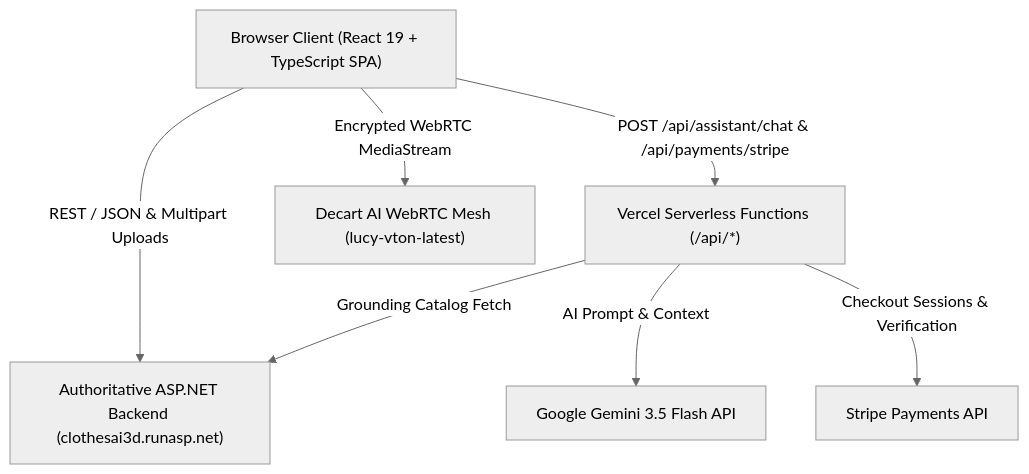
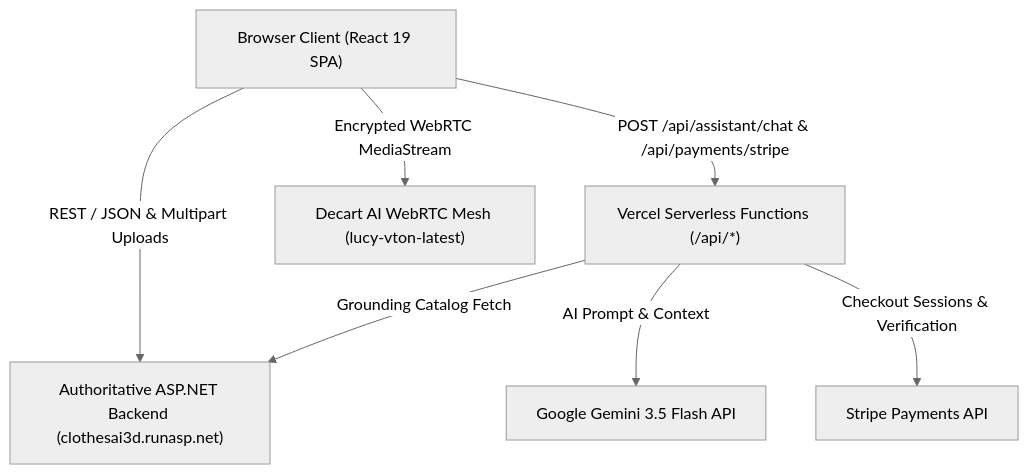
One commit to gamalwessam21/TryOnStudio changed the first of 11 diagrams in README.md. Above: the diagram before and after it, drawn with Mermaid (neutral theme). The commit also changed other lines of this file, not shown here.

Commit message:
docs: update README with verified architecture and project structure

````diff
--- a/README.md
+++ b/README.md
@@ -61,17 +209,17 @@
 ```mermaid
 flowchart TD
-    Client["Browser Client (React 19 + TypeScript SPA)"]
+    Client["Browser Client (React 19 SPA)"]
     VercelEdge["Vercel Serverless Functions (/api/*)"]
     DotNetBackend["Authoritative ASP.NET Backend (clothesai3d.runasp.net)"]
     DecartAI["Decart AI WebRTC Mesh (lucy-vton-latest)"]
     GeminiAPI["Google Gemini 3.5 Flash API"]
     StripeAPI["Stripe Payments API"]
 
     Client -->|"REST / JSON & Multipart Uploads"| DotNetBackend
     Client -->|"Encrypted WebRTC MediaStream"| DecartAI
     Client -->|"POST /api/assistant/chat & /api/payments/stripe"| VercelEdge
 
     VercelEdge -->|"Grounding Catalog Fetch"| DotNetBackend
     VercelEdge -->|"AI Prompt & Context"| GeminiAPI
     VercelEdge -->|"Checkout Sessions & Verification"| StripeAPI
 ```
````
